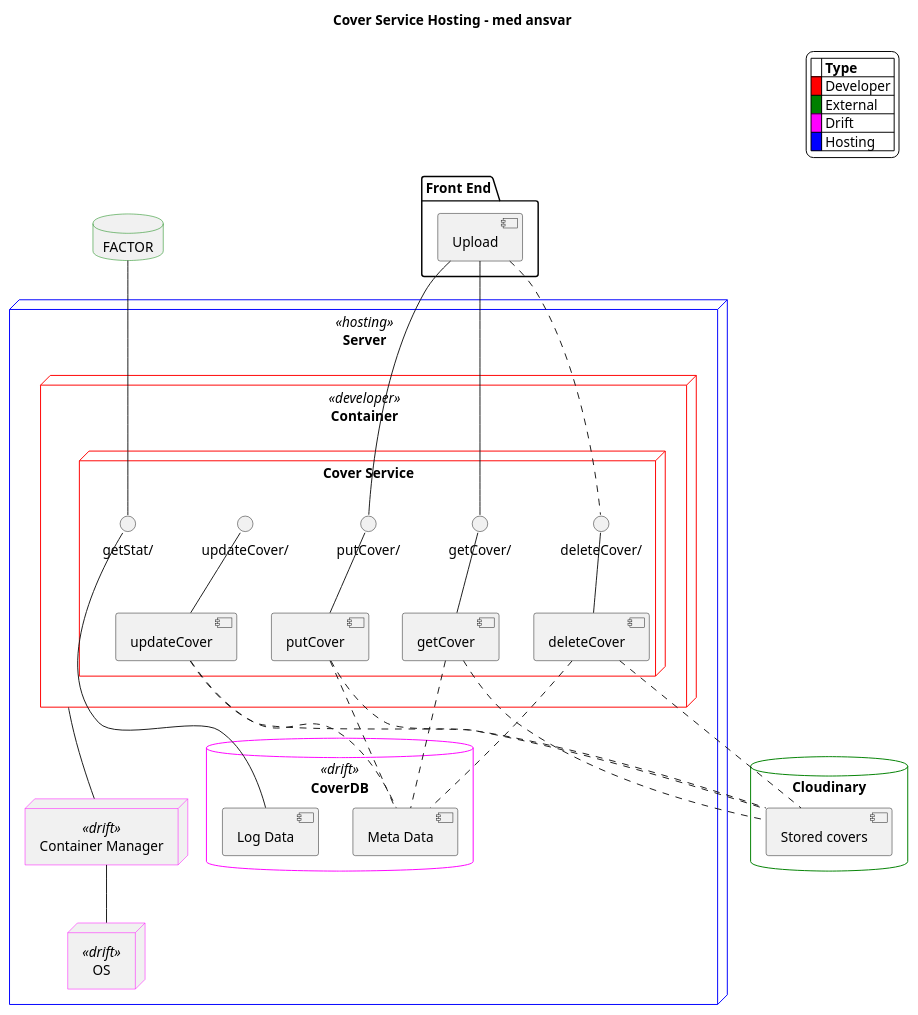
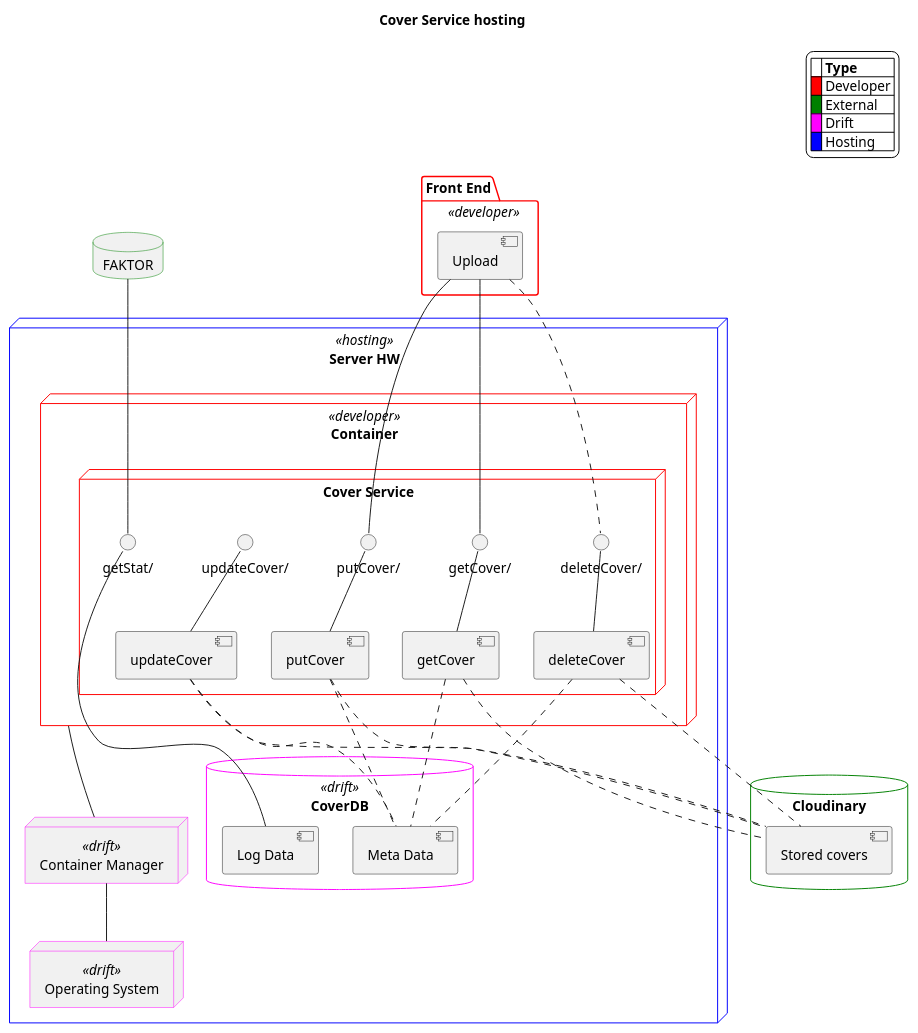
Before and after one commit to danskernesdigitalebibliotek/plantuml: the diagram in docs/hosting/coverservicehosting.puml, drawn with PlantUML.

```diff
--- a/docs/hosting/coverservicehosting.puml
+++ b/docs/hosting/coverservicehosting.puml
@@ -1,109 +1,115 @@
 @startuml
 
-title Cover Service Hosting - med ansvar
+title Cover Service hosting
 
 '>>> Skinparam
 skinparam LegendBackgroundColor White
 
 skinparam node {
 	'backgroundColor CM Yellow
 	borderColor<<drift>> Magenta
 	borderColor<<hosting>> Blue
 '	borderColor<<developer>> Red
 	borderColor Red
 	
+}
+
+skinparam package {
+'"Front End" <<developer>>
+	borderColor<<developer>> Red
 }
 
 skinparam database {
     borderColor Green
 '    borderColor<<shared node>> Magenta
     borderColor<<drift>> Magenta
 '    borderColor<<external>> Green
     borderColor<<hosting>> Blue
     borderThickness<<shared node>> 3
 }
 '<<< Skinparam
 
 
 legend top right
 |= |= Type |
-|<back:Red>   </back>| Developer |
+|<back:#FF0000>   </back>| Developer |
 |<back:Green>   </back>| External |
 |<back:Magenta>   </back>| Drift |
 |<back:Blue>   </back>| Hosting |
 endlegend
 
 '>>> Components
-package "Front End" {
+package "Front End" <<developer>> {
     component [Upload] as GUI
 }
 
-'database "FACTOR" <<external>> {
-database "FACTOR" {
+'database "FKCTOR" <<external>> {
+database "FAKTOR" {
 }
 
-node "Server"  <<hosting>> {
+node "Server HW"  <<hosting>> as Server {
     node "Container" <<developer>> {
         node "Cover Service" as CS {
             [getCover]
             [putCover]
             [deleteCover]
             [updateCover]
         
             interface "getCover/" as GET
             interface "putCover/" as PUT
             interface "deleteCover/" as DELETE
             interface "updateCover/" as UPDATE
             interface "getStat/" as GETS
         }   /' Cover Service '/
     }   /' Container '/
 
     node "Container Manager" <<drift>> as CM {
     
     }
 
     database "CoverDB" <<drift>> {
         [Meta Data]
         [Log Data]
     }
     
-    node "OS"  <<drift>> {
+    'node ".\t\tOS\t\t."  <<drift>> as OS {
+    node "Operating System"  <<drift>> as OS {
     
     }
 
 } /' Server '/
 
 database "Cloudinary" {
     [Stored covers]
 }
 
 '<<< Components
 
 '>>> Relations
 
 Container --- CM
 CM -down- OS
 
 GUI -- GET
 GUI -- PUT
 GUI .. DELETE
 
 GET -- [getCover]
 PUT -- [putCover]
 DELETE -- [deleteCover]
 UPDATE -- [updateCover]
-FACTOR -- GETS
+FAKTOR -- GETS
 GETS -- [Log Data]
 
 [getCover] .. [Meta Data]
 [putCover] .. [Meta Data]
 [deleteCover] .. [Meta Data]
 [updateCover] .. [Meta Data]
 
 [getCover] .. [Stored covers]
 [putCover] .. [Stored covers]
 [deleteCover] .. [Stored covers]
 [updateCover] .. [Stored covers]
 
 '<<< Relations
 @enduml
```
